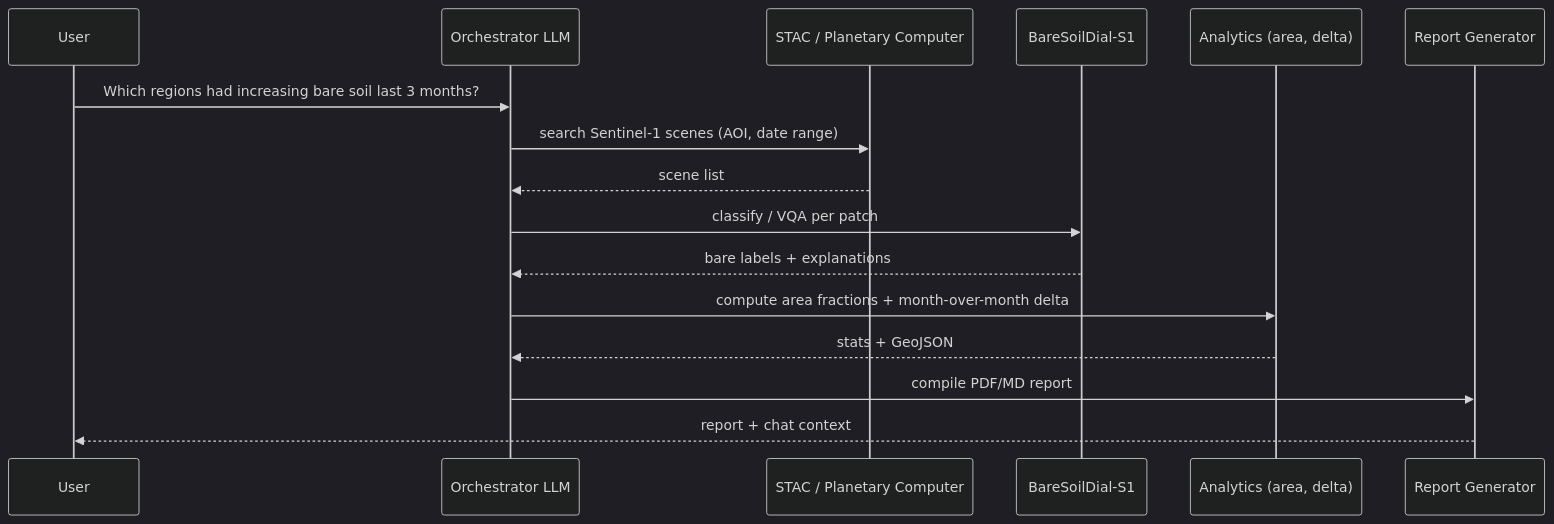
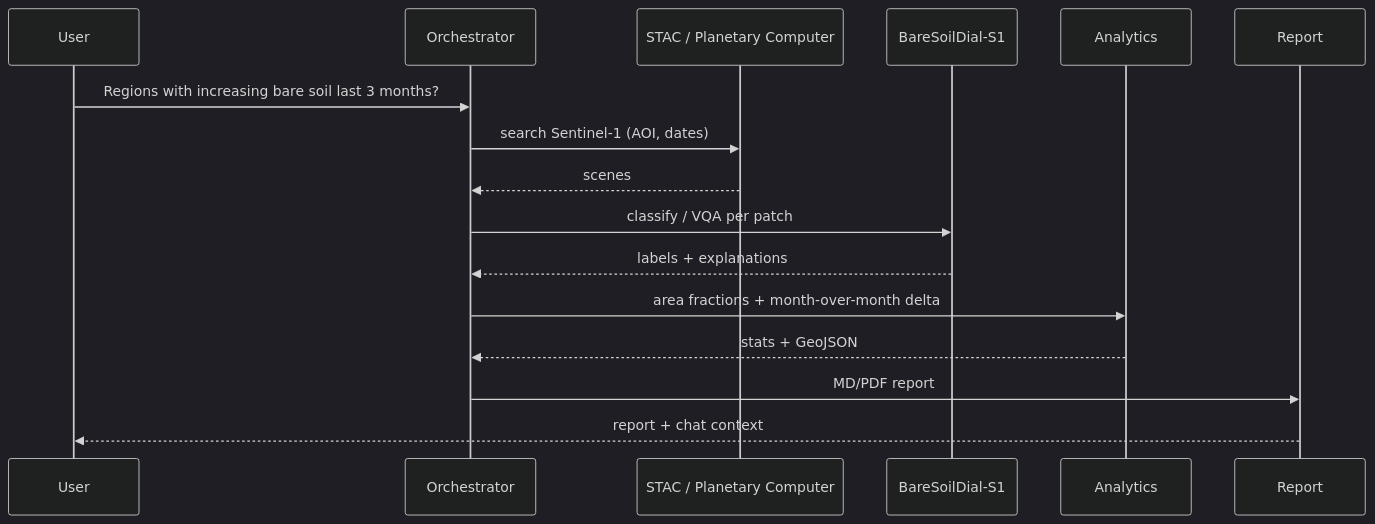
The second of 2 diagrams in ProjectStages.md (Riha-K/MTP), drawn with Mermaid (dark theme) before and after one commit. The commit also changed other lines of this file, not shown here.

````diff
--- a/ProjectStages.md
+++ b/ProjectStages.md
@@ -191,19 +184,19 @@
 ```mermaid
 sequenceDiagram
     participant U as User
-    participant O as Orchestrator LLM
+    participant O as Orchestrator
     participant STAC as STAC / Planetary Computer
     participant VLM as BareSoilDial-S1
-    participant AN as Analytics (area, delta)
-    participant R as Report Generator
+    participant AN as Analytics
+    participant R as Report
 
-    U->>O: Which regions had increasing bare soil last 3 months?
-    O->>STAC: search Sentinel-1 scenes (AOI, date range)
-    STAC-->>O: scene list
+    U->>O: Regions with increasing bare soil last 3 months?
+    O->>STAC: search Sentinel-1 (AOI, dates)
+    STAC-->>O: scenes
     O->>VLM: classify / VQA per patch
-    VLM-->>O: bare labels + explanations
-    O->>AN: compute area fractions + month-over-month delta
+    VLM-->>O: labels + explanations
+    O->>AN: area fractions + month-over-month delta
     AN-->>O: stats + GeoJSON
-    O->>R: compile PDF/MD report
+    O->>R: MD/PDF report
     R-->>U: report + chat context
 ```
````
